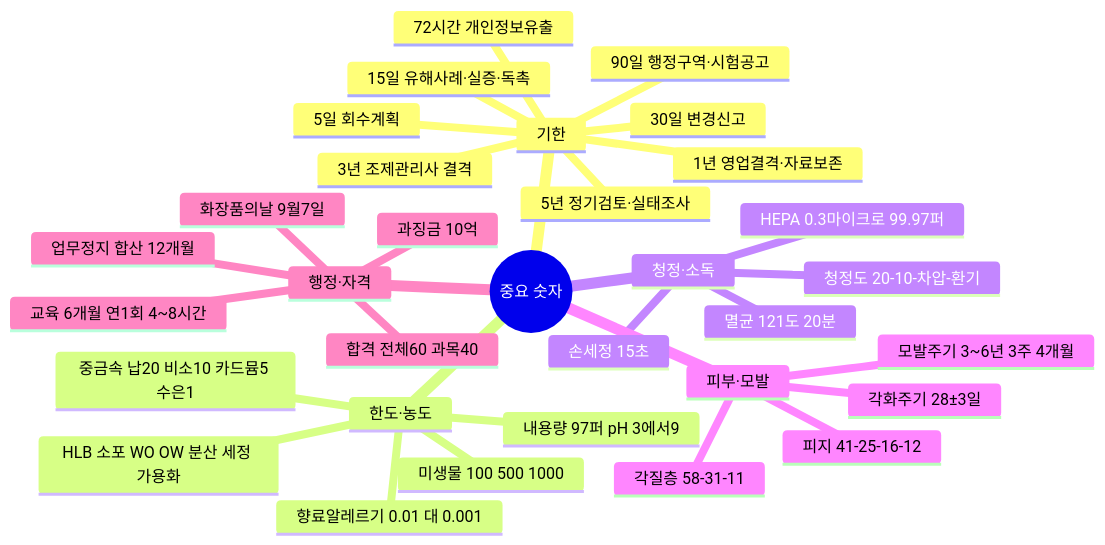
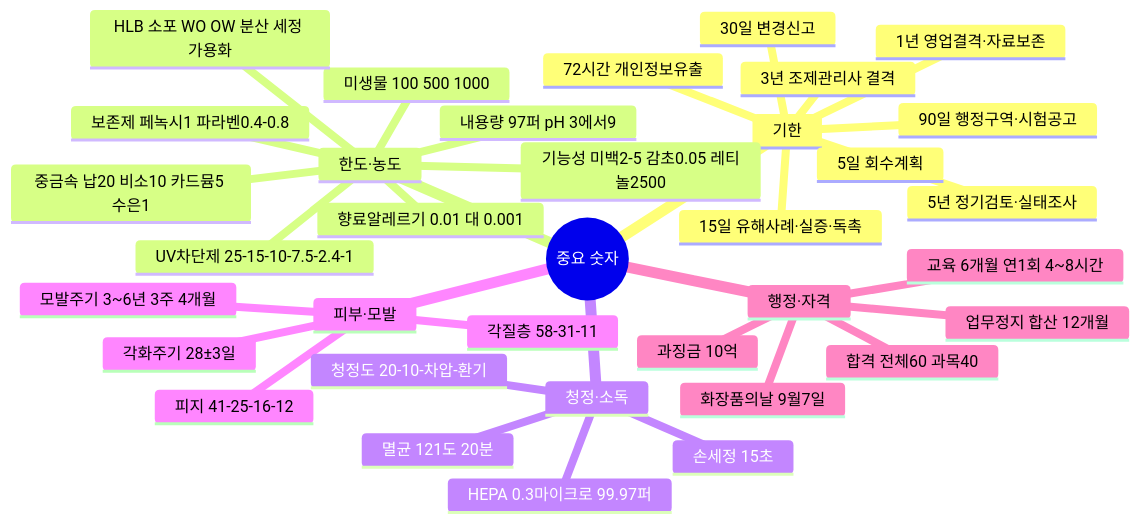
One commit to skygoldlee-cyber/Personalized_Skincare changed the sixth of 7 diagrams in content/두음법_암기_총정리.md. Above: the diagram before and after it, drawn with Mermaid. The commit also changed other lines of this file and 4 other files, not shown here.

````diff
--- a/content/두음법_암기_총정리.md
+++ b/content/두음법_암기_총정리.md
@@ -272,35 +272,38 @@
 ```mermaid
 mindmap
  root((중요 숫자))
   기한
    5일 회수계획
    15일 유해사례·실증·독촉
    30일 변경신고
    90일 행정구역·시험공고
    72시간 개인정보유출
    1년 영업결격·자료보존
    3년 조제관리사 결격
    5년 정기검토·실태조사
   한도·농도
    중금속 납20 비소10 카드뮴5 수은1
    미생물 100 500 1000
    내용량 97퍼 pH 3에서9
    향료알레르기 0.01 대 0.001
    HLB 소포 WO OW 분산 세정 가용화
+   UV차단제 25-15-10-7.5-2.4-1
+   기능성 미백2-5 감초0.05 레티놀2500
+   보존제 페녹시1 파라벤0.4-0.8
   청정·소독
    청정도 20-10-차압-환기
    HEPA 0.3마이크로 99.97퍼
    손세정 15초
    멸균 121도 20분
   피부·모발
    각질층 58-31-11
    각화주기 28±3일
    모발주기 3~6년 3주 4개월
    피지 41-25-16-12
   행정·자격
    과징금 10억
    업무정지 합산 12개월
    합격 전체60 과목40
    교육 6개월 연1회 4~8시간
    화장품의날 9월7일
 ```
````
